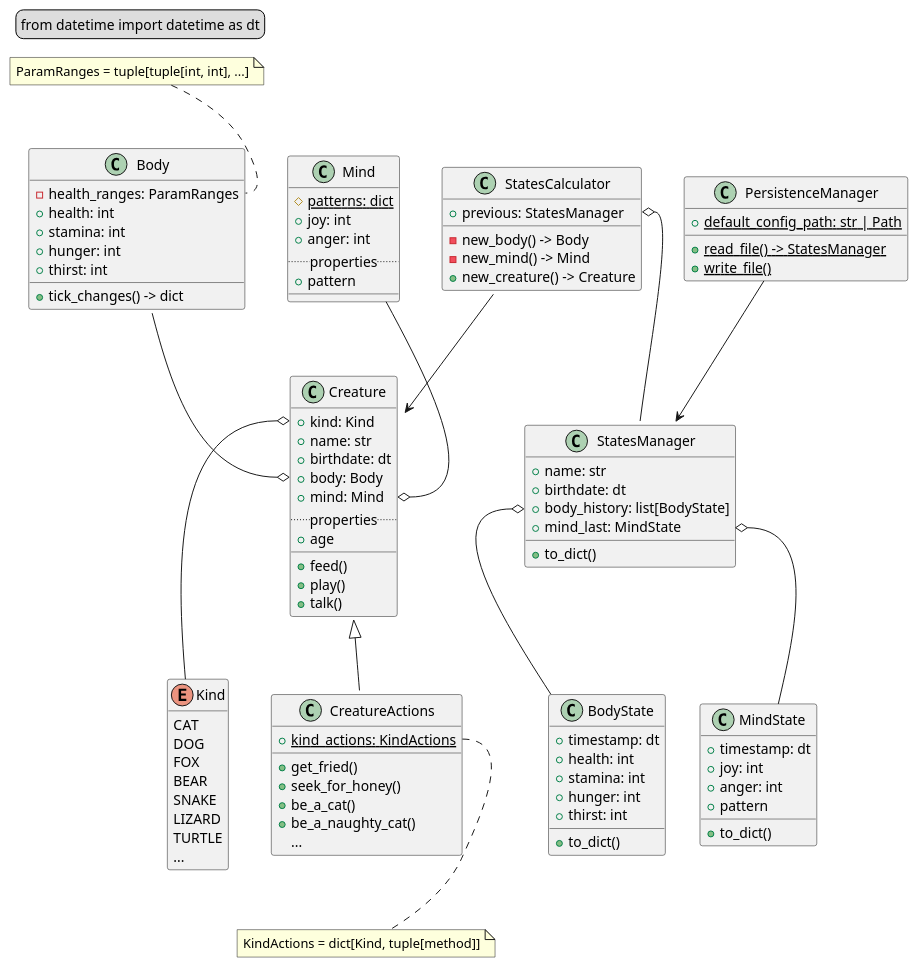
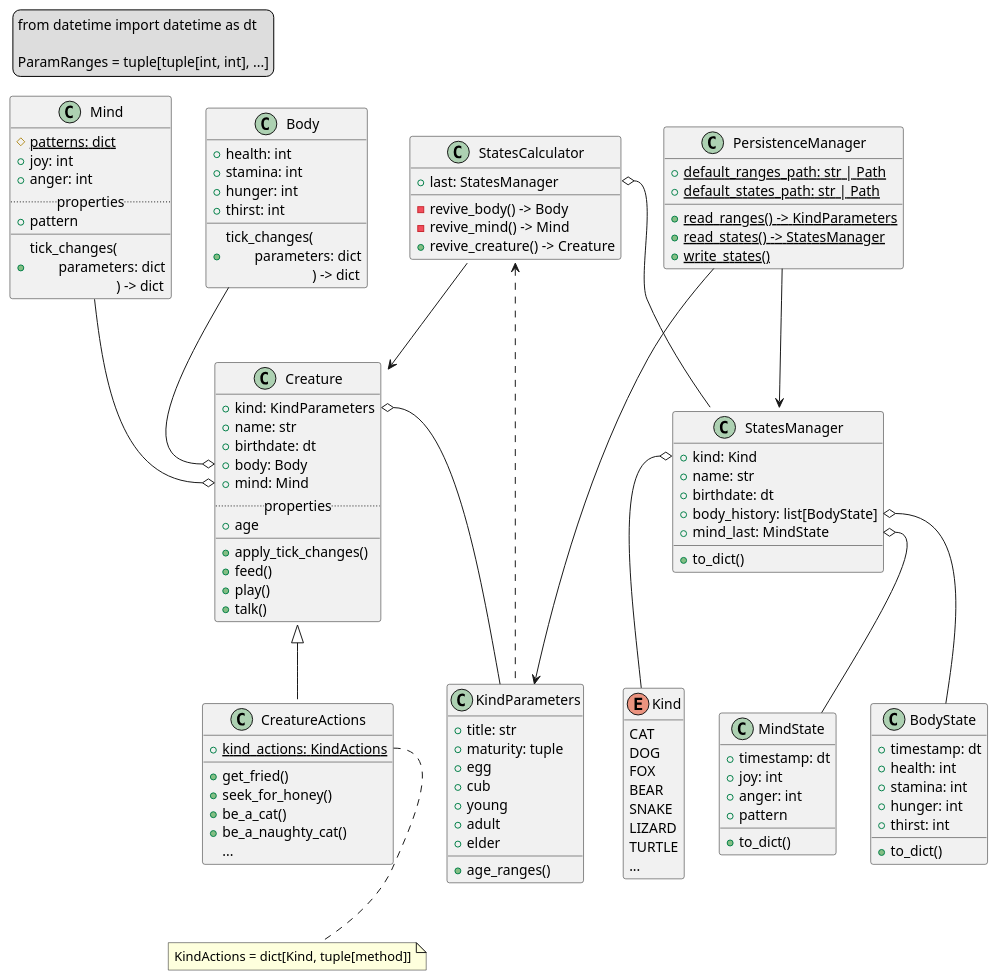
One commit to TOP-Python221/_project2_reference changed the diagram in model.puml. Above: the diagram before and after it, drawn with PlantUML. The commit also changed 6 other files, not shown here.

```diff
--- a/model.puml
+++ b/model.puml
@@ -1,137 +1,155 @@
 @startuml
 
 <style>
     legend {
         FontName Fira Mono
     }
     note {
         FontName Fira Mono
     }
 </style>
 
 
 legend top left
     from datetime import datetime as dt
+
+    ParamRanges = tuple[tuple[int, int], ...]
 end legend
 
 
 hide enum empty members
 
 enum Kind {
     CAT
     DOG
     FOX
     BEAR
     SNAKE
     LIZARD
     TURTLE
     ...
 }
 
 
 class Creature {
-    +kind: Kind
+    +kind: KindParameters
     +name: str
     +birthdate: dt
     +body: Body
     +mind: Mind
     ..properties..
     +age
     __
+    +apply_tick_changes()
     +feed()
     +play()
     +talk()
 }
 Creature <|-- CreatureActions
-Creature::kind o-- Kind
+Creature::kind o-- KindParameters
 
 
 class CreatureActions {
     +{static}kind_actions: KindActions
     +get_fried()
     +seek_for_honey()
     +be_a_cat()
     +be_a_naughty_cat()
     {method}...
 }
 note as annotation
     KindActions = dict[Kind, tuple[method]]
 end note
 CreatureActions::kind_actions .. annotation
 
 
 class StatesCalculator {
-    +previous: StatesManager
-    -new_body() -> Body
-    -new_mind() -> Mind
-    +new_creature() -> Creature
+    +last: StatesManager
+    -revive_body() -> Body
+    -revive_mind() -> Mind
+    +revive_creature() -> Creature
 }
-StatesCalculator::previous o-- StatesManager
+StatesCalculator::last o-- StatesManager
 StatesCalculator --> Creature
+StatesCalculator <.. KindParameters
 
 
 class Body {
-    -health_ranges: ParamRanges
     +health: int
     +stamina: int
     +hunger: int
     +thirst: int
-    +tick_changes() -> dict
+    +tick_changes(\n\tparameters: dict\n\t\t\t) -> dict
 }
 Body --o Creature::body
-note as annotation2
-    ParamRanges = tuple[tuple[int, int], ...]
-end note
-annotation2 .. Body::health_ranges
 
 
 class Mind {
     #{static}patterns: dict
     +joy: int
     +anger: int
     ..properties..
     +pattern
     __
+    +tick_changes(\n\tparameters: dict\n\t\t\t) -> dict
 }
 Mind --o Creature::mind
 
 
 class BodyState {
     +timestamp: dt
     +health: int
     +stamina: int
     +hunger: int
     +thirst: int
     +to_dict()
 }
 
 
 class MindState {
     +timestamp: dt
     +joy: int
     +anger: int
     +pattern
     +to_dict()
 }
 
 
 class StatesManager {
+    +kind: Kind
     +name: str
     +birthdate: dt
     +body_history: list[BodyState]
     +mind_last: MindState
     +to_dict()
 }
+StatesManager::kind o-- Kind
+StatesManager::mind_last o-- MindState
+StatesManager::body_history o-- BodyState
+
+
+class KindParameters {
+    +title: str
+    +maturity: tuple
+    +egg
+    +cub
+    +young
+    +adult
+    +elder
+    +age_ranges()
+}
+
 
 
 class PersistenceManager {
-    +{static}default_config_path: str | Path
-    +{static}read_file() -> StatesManager
-    +{static}write_file()
+    +{static}default_ranges_path: str | Path
+    +{static}default_states_path: str | Path
+    +{static}read_ranges() -> KindParameters
+    +{static}read_states() -> StatesManager
+    +{static}write_states()
 }
 PersistenceManager --> StatesManager
-StatesManager::body_history o-- BodyState
-StatesManager::mind_last o-- MindState
+PersistenceManager --> KindParameters
 
 
 @enduml
```
